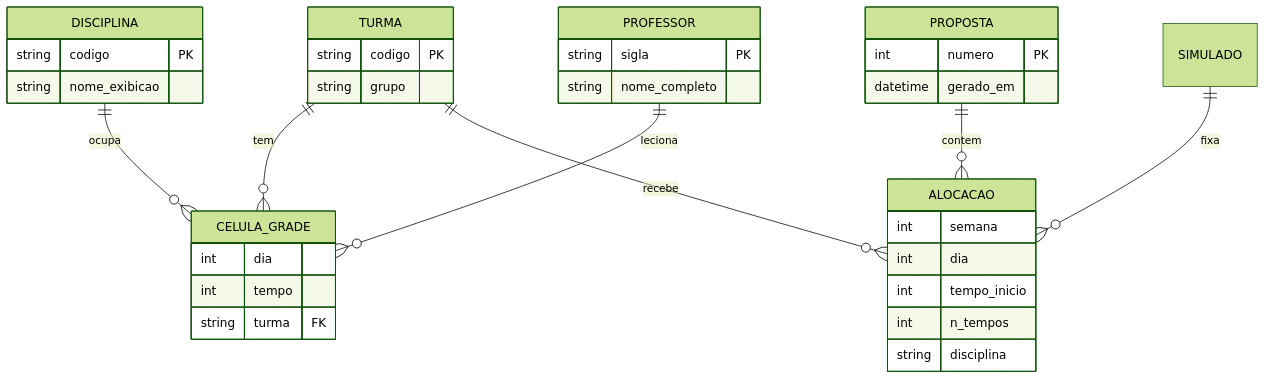
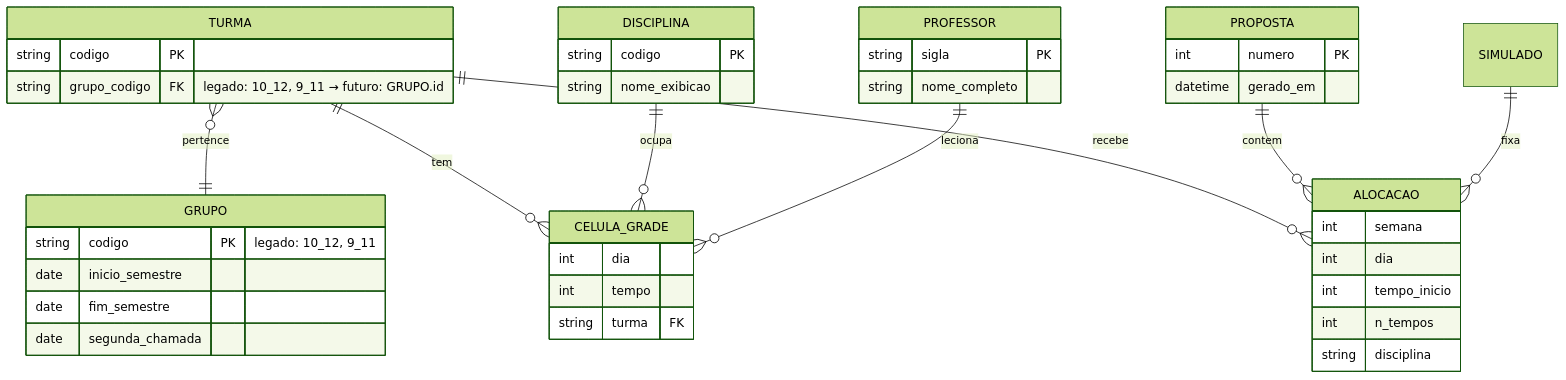
Before and after one commit to cbrener89052/calendarioprovas: the first of 2 diagrams in _reversa_sdd/erd-complete.md, drawn with Mermaid (forest theme). The commit also changed other lines of this file and 4 other files, not shown here.

````diff
--- a/_reversa_sdd/erd-complete.md
+++ b/_reversa_sdd/erd-complete.md
@@ -9,38 +9,45 @@
 ```mermaid
 erDiagram
+    TURMA }o--|| GRUPO : pertence
     TURMA ||--o{ CELULA_GRADE : tem
     TURMA ||--o{ ALOCACAO : recebe
     DISCIPLINA ||--o{ CELULA_GRADE : ocupa
     PROFESSOR ||--o{ CELULA_GRADE : leciona
     PROPOSTA ||--o{ ALOCACAO : contem
     SIMULADO ||--o{ ALOCACAO : fixa
 
     TURMA {
         string codigo PK
-        string grupo
+        string grupo_codigo FK "legado: 10_12, 9_11 → futuro: GRUPO.id"
+    }
+    GRUPO {
+        string codigo PK "legado: 10_12, 9_11"
+        date inicio_semestre
+        date fim_semestre
+        date segunda_chamada
     }
     DISCIPLINA {
         string codigo PK
         string nome_exibicao
     }
     PROFESSOR {
         string sigla PK
         string nome_completo
     }
     CELULA_GRADE {
         int dia
         int tempo
         string turma FK
     }
     ALOCACAO {
         int semana
         int dia
         int tempo_inicio
         int n_tempos
         string disciplina
     }
     PROPOSTA {
         int numero PK
         datetime gerado_em
     }
 ```
````
